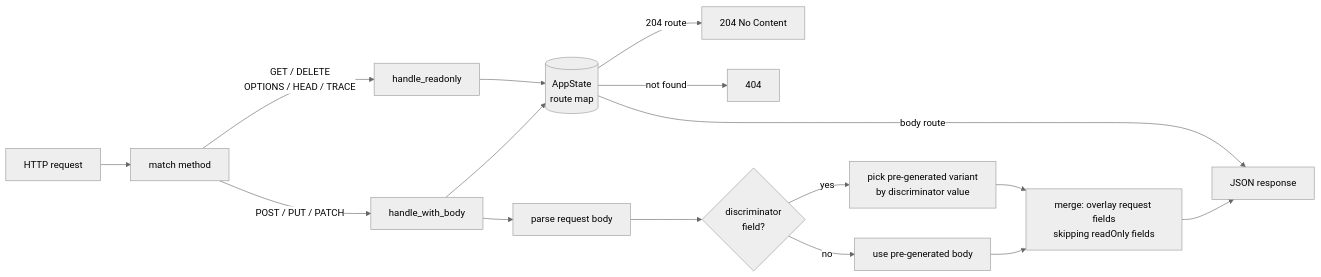
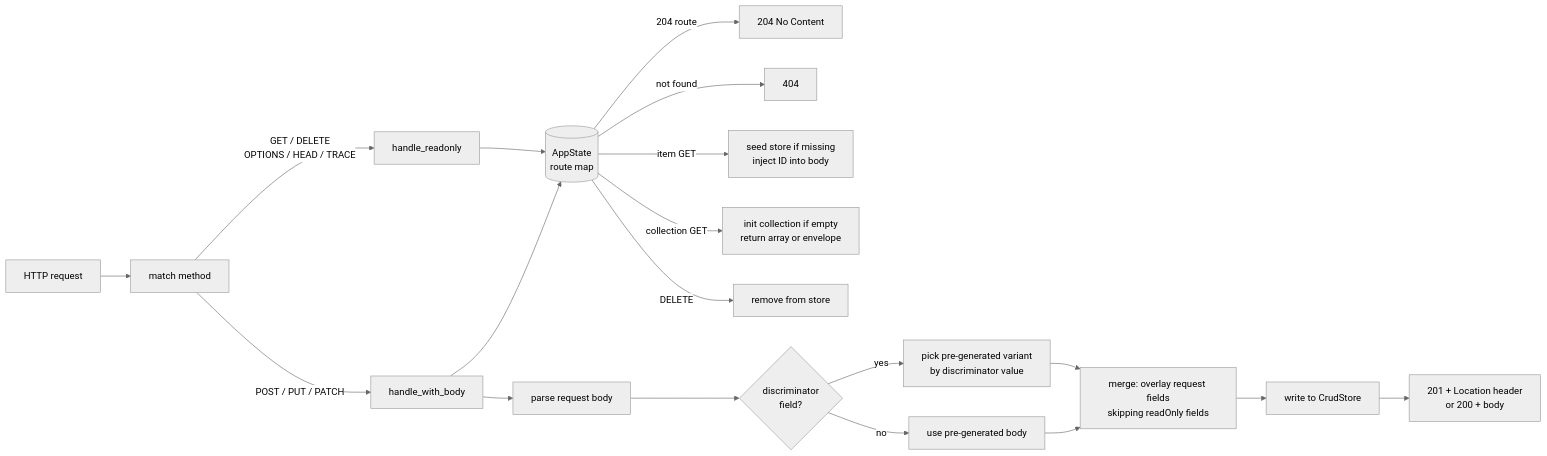
The third of 3 diagrams in docs/architecture.md (beavuck/hermit), drawn with Mermaid (neutral theme) before and after one commit. The commit also changed other lines of this file and 16 other files, not shown here.

````diff
--- a/docs/architecture.md
+++ b/docs/architecture.md
@@ -110,18 +141,21 @@
 ```mermaid
 flowchart LR
     req[HTTP request] --> match[match method]
     match -- GET / DELETE\nOPTIONS / HEAD / TRACE --> ro[handle_readonly]
     match -- POST / PUT / PATCH --> wb[handle_with_body]
     ro --> lookup[(AppState\nroute map)]
     lookup -- 204 route --> 204[204 No Content]
-    lookup -- body route --> json[JSON response]
+    lookup -- item GET --> seed[seed store if missing\ninject ID into body]
+    lookup -- collection GET --> coll[init collection if empty\nreturn array or envelope]
+    lookup -- DELETE --> del[remove from store]
     lookup -- not found --> 404[404]
     wb --> lookup
     wb --> body[parse request body]
     body --> disc{discriminator\nfield?}
     disc -- yes --> variant[pick pre-generated variant\nby discriminator value]
     disc -- no --> base[use pre-generated body]
     variant --> merge[merge: overlay request fields\nskipping readOnly fields]
     base --> merge
-    merge --> json
+    merge --> store[write to CrudStore]
+    store --> resp[201 + Location header\nor 200 + body]
 ```
````
